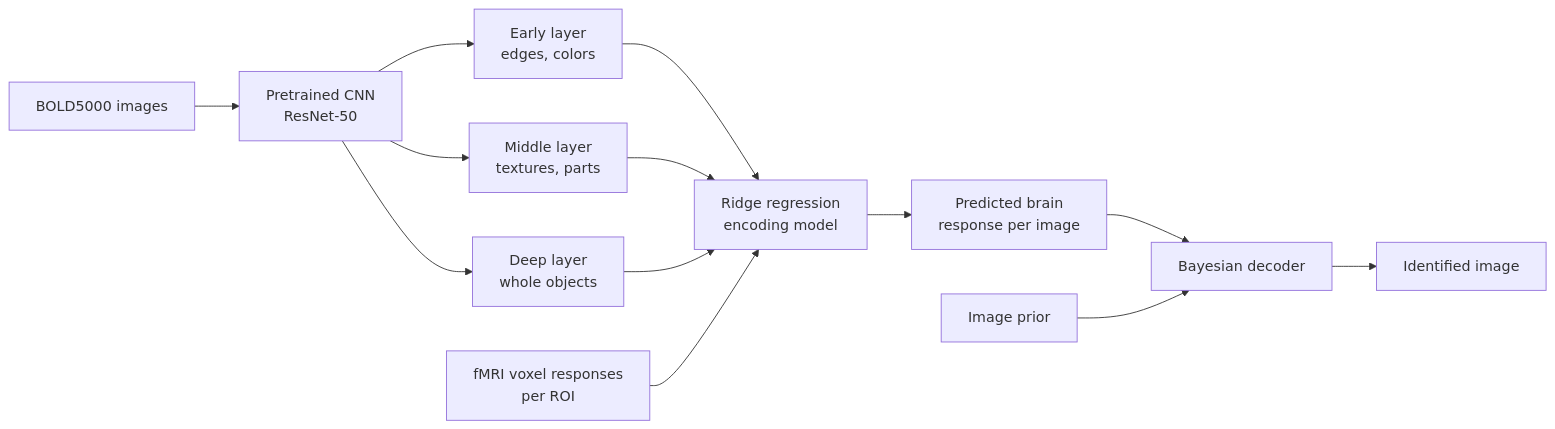
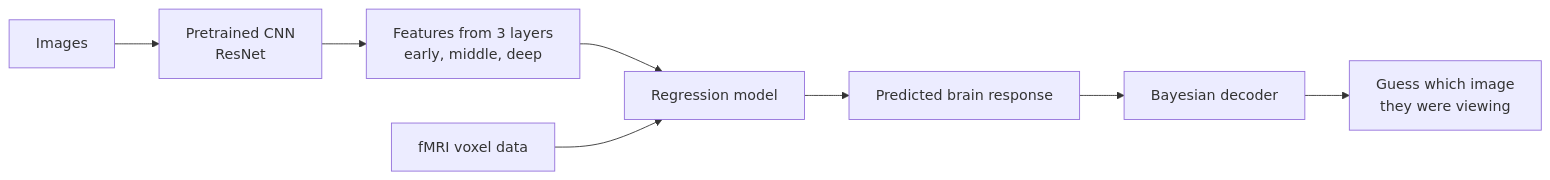
Before and after one commit to sohnerika/mind-v-machine-fmri-decoding: the diagram in README.md, drawn with Mermaid. The commit also changed other lines of this file, not shown here.

````diff
--- a/README.md
+++ b/README.md
@@ -23,13 +27,10 @@
 ```mermaid
 flowchart LR
-    A[BOLD5000 images] --> B[Pretrained CNN<br/>ResNet-50]
-    B --> C1[Early layer<br/>edges, colors]
-    B --> C2[Middle layer<br/>textures, parts]
-    B --> C3[Deep layer<br/>whole objects]
-    C1 & C2 & C3 --> D[Ridge regression<br/>encoding model]
-    E[fMRI voxel responses<br/>per ROI] --> D
-    D --> F[Predicted brain<br/>response per image]
+    A[Images] --> B[Pretrained CNN<br/>ResNet]
+    B --> C[Features from 3 layers<br/>early, middle, deep]
+    C --> D[Regression model]
+    E[fMRI voxel data] --> D
+    D --> F[Predicted brain response]
     F --> G[Bayesian decoder]
-    H[Image prior] --> G
-    G --> I[Identified image]
+    G --> H[Guess which image<br/>they were viewing]
 ```
````
